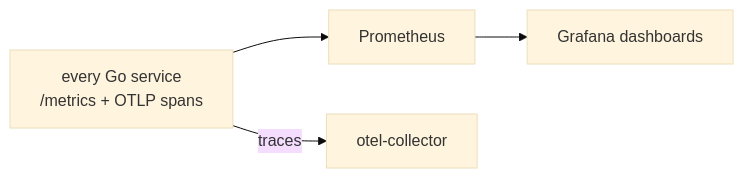
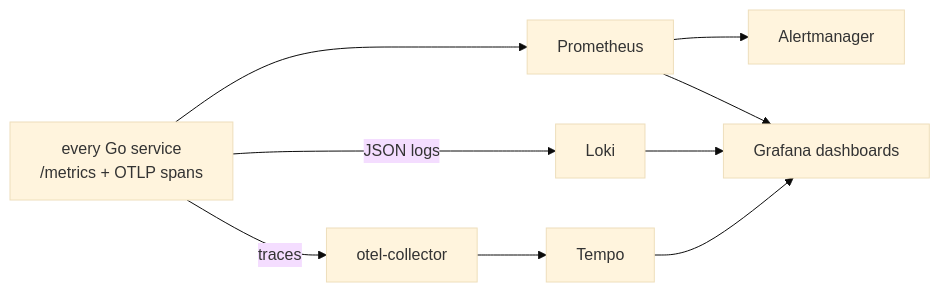
Before and after one commit to kochan4php/go-platform-starter: the fifth of 5 diagrams in docs/ARCHITECTURE.md, drawn with Mermaid (base theme). The commit also changed 77 other files, not shown here.

````diff
--- a/docs/ARCHITECTURE.md
+++ b/docs/ARCHITECTURE.md
@@ -115,6 +115,9 @@
 ```mermaid
 flowchart LR
     SVC[every Go service<br/>/metrics + OTLP spans] --> PROM[Prometheus]
     SVC -- traces --> OTEL[otel-collector]
-    PROM --> GRAF[Grafana dashboards]
+    SVC -- JSON logs --> LOKI[Loki]
+    OTEL --> TEMPO[Tempo]
+    PROM --> ALERT[Alertmanager]
+    PROM & LOKI & TEMPO --> GRAF[Grafana dashboards]
 ```
````
